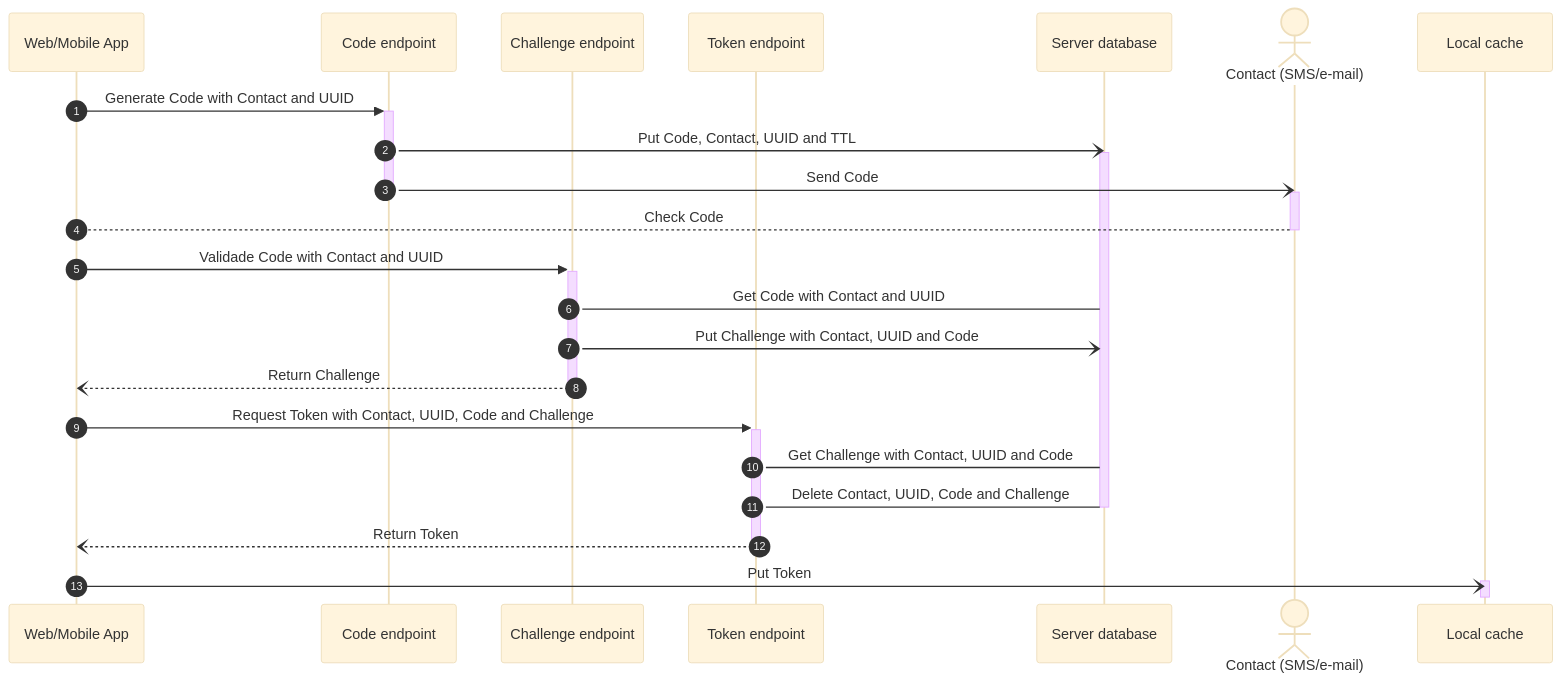
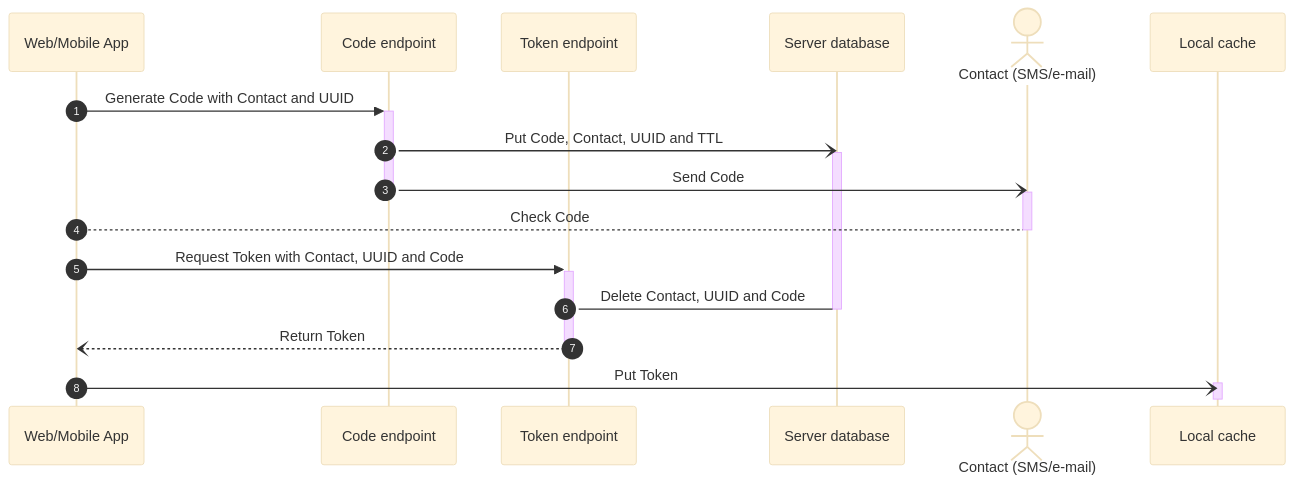
One commit to mbiemann/briefbox-backend changed the first of 2 diagrams in README.md. Above: the diagram before and after it, drawn with Mermaid (base theme).

````diff
--- a/README.md
+++ b/README.md
@@ -11,30 +11,24 @@
 ```mermaid
 sequenceDiagram
     participant A as Web/Mobile App
     participant B1 as Code endpoint
-    participant B2 as Challenge endpoint
-    participant B3 as Token endpoint
+    participant B2 as Token endpoint
     participant C as Server database
     actor D as Contact (SMS/e-mail)
     participant E as Local cache
     autonumber
     A->>+B1: Generate Code with Contact and UUID
     B1-)C: Put Code, Contact, UUID and TTL
     activate C
     B1-)-D: Send Code
     activate D
     A-->D: Check Code
     deactivate D
-    A->>+B2: Validade Code with Contact and UUID
-    B2->C: Get Code with Contact and UUID
-    B2-)C: Put Challenge with Contact, UUID and Code
-    B2--)-A: Return Challenge
-    A->>+B3: Request Token with Contact, UUID, Code and Challenge
-    B3->C: Get Challenge with Contact, UUID and Code
-    B3->C: Delete Contact, UUID, Code and Challenge
+    A->>+B2: Request Token with Contact, UUID and Code
+    B2->C: Delete Contact, UUID and Code
     deactivate C
-    B3--)-A: Return Token
+    B2--)-A: Return Token
     A-)E: Put Token
     activate E
     deactivate E
 ```
````
